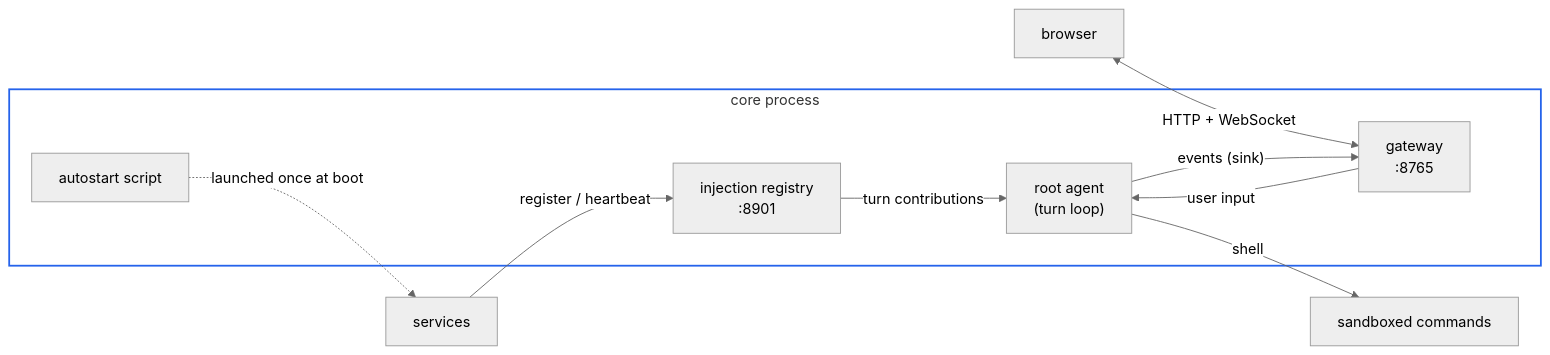
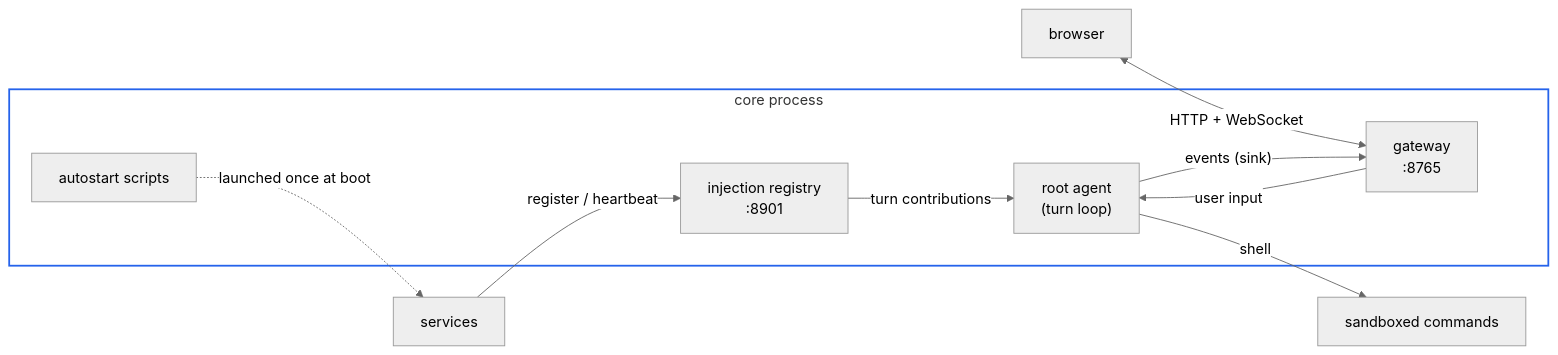
The diagram in docs/for-users/get-started.md (DarkSpaceY/NAN-itself), drawn with Mermaid (neutral theme) before and after one commit. The commit also changed other lines of this file and 44 other files, not shown here.

````diff
--- a/docs/for-users/get-started.md
+++ b/docs/for-users/get-started.md
@@ -43,17 +46,17 @@
 ```mermaid
 flowchart LR
     subgraph PROC["core process"]
         ROOT["root agent<br/>(turn loop)"]
         GW["gateway<br/>:8765"]
         HUB["injection registry<br/>:8901"]
-        AUTO["autostart script"]
+        AUTO["autostart scripts"]
     end
     BROWSER["browser"] <-->|"HTTP + WebSocket"| GW
     GW -->|"user input"| ROOT
     ROOT -->|"events (sink)"| GW
     SVC["services"] -->|"register / heartbeat"| HUB
     HUB -->|"turn contributions"| ROOT
     ROOT -->|"shell"| SBX["sandboxed commands"]
     AUTO -.->|"launched once at boot"| SVC
     style PROC fill:transparent,stroke:#2563eb,stroke-width:2px
 ```
````
